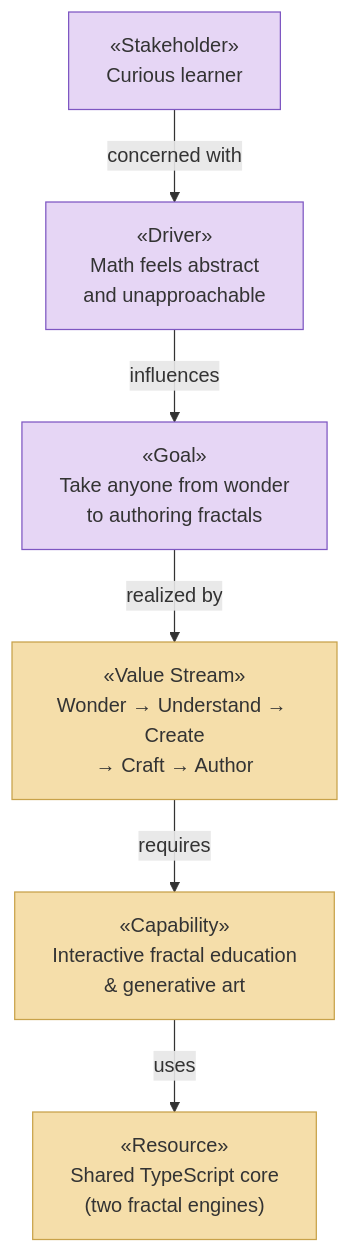
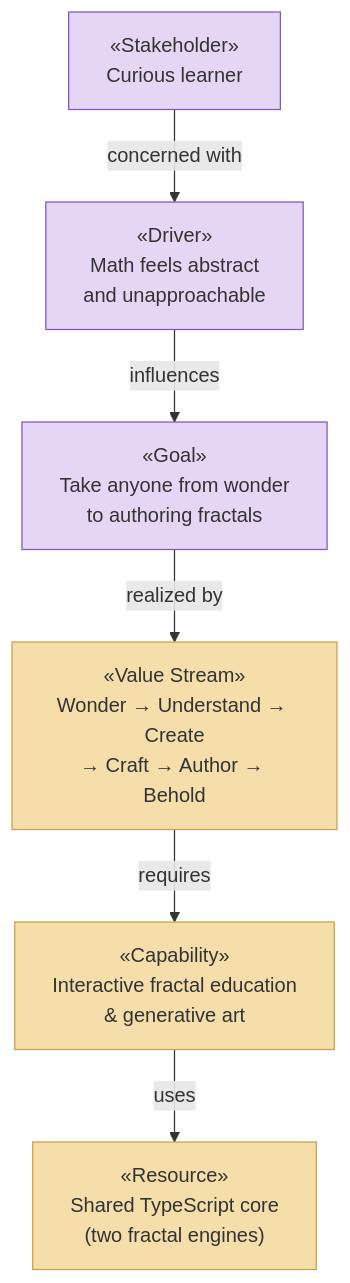
One commit to roanboc/fractal-tree-generator changed the diagram in docs/ea/1_strategy/README.md. Above: the diagram before and after it, drawn with Mermaid. The commit also changed 42 other files, not shown here.

````diff
--- a/docs/ea/1_strategy/README.md
+++ b/docs/ea/1_strategy/README.md
@@ -23,19 +23,19 @@
 ```mermaid
 flowchart TB
   learner["«Stakeholder»<br>Curious learner"]:::motivation
   driver["«Driver»<br>Math feels abstract<br>and unapproachable"]:::motivation
   goal["«Goal»<br>Take anyone from wonder<br>to authoring fractals"]:::motivation
 
-  vs["«Value Stream»<br>Wonder → Understand → Create<br>→ Craft → Author"]:::strategy
+  vs["«Value Stream»<br>Wonder → Understand → Create<br>→ Craft → Author → Behold"]:::strategy
   cap["«Capability»<br>Interactive fractal education<br>& generative art"]:::strategy
   res["«Resource»<br>Shared TypeScript core<br>(two fractal engines)"]:::strategy
 
   learner -->|concerned with| driver
   driver -->|influences| goal
   goal -->|realized by| vs
   vs -->|requires| cap
   cap -->|uses| res
 
   classDef motivation fill:#e6d6f5,stroke:#7e57c2,color:#333
   classDef strategy fill:#f5deaa,stroke:#c8a24a,color:#333
 ```
````
